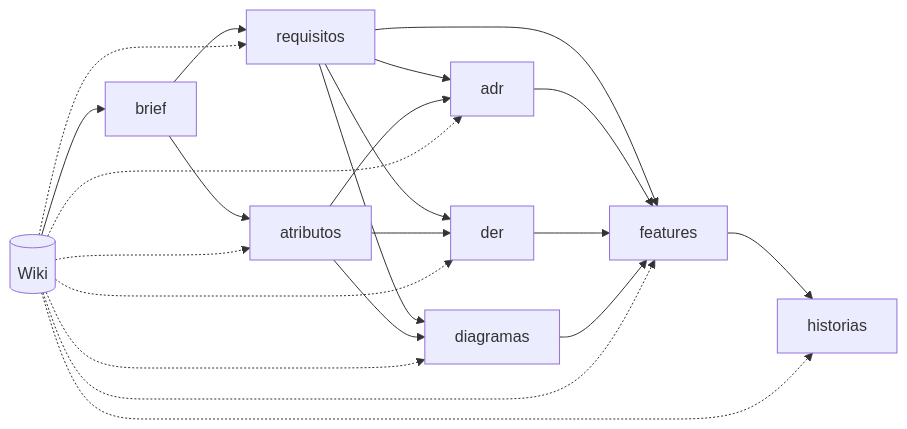
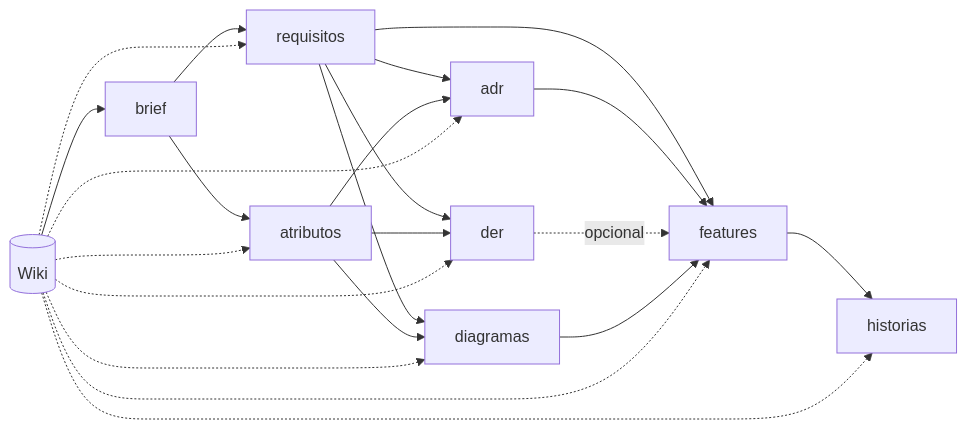
Before and after one commit to yanjustino/proj-poc: the diagram in PLANO-MACRO-MHL-SENPAI.md, drawn with Mermaid. The commit also changed other lines of this file and 1 other file, not shown here.

First line of the commit message:
Torna DER uma dependencia opcional de features

````diff
--- a/PLANO-MACRO-MHL-SENPAI.md
+++ b/PLANO-MACRO-MHL-SENPAI.md
@@ -292,24 +292,24 @@
 ```mermaid
 flowchart LR
     wiki[("Wiki")] --> brief
     brief --> atributos
     brief --> requisitos
     requisitos --> adr
     requisitos --> der
     requisitos --> diagramas
     atributos --> adr
     atributos --> der
     atributos --> diagramas
     requisitos --> features
     adr --> features
-    der --> features
+    der -.->|opcional| features
     diagramas --> features
     features --> historias
     wiki -.-> atributos
     wiki -.-> requisitos
     wiki -.-> adr
     wiki -.-> der
     wiki -.-> diagramas
     wiki -.-> features
     wiki -.-> historias
 ```
````
